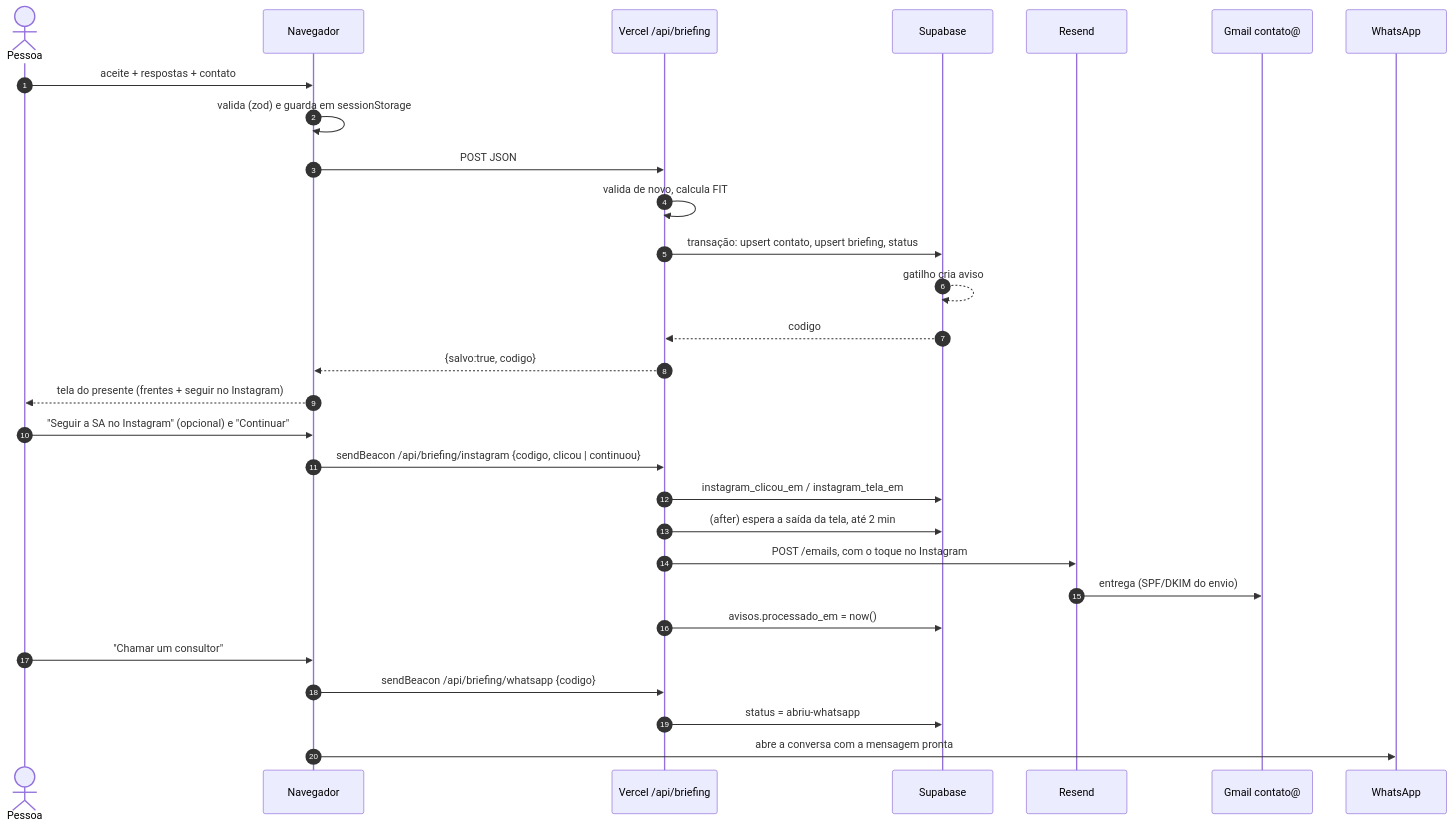
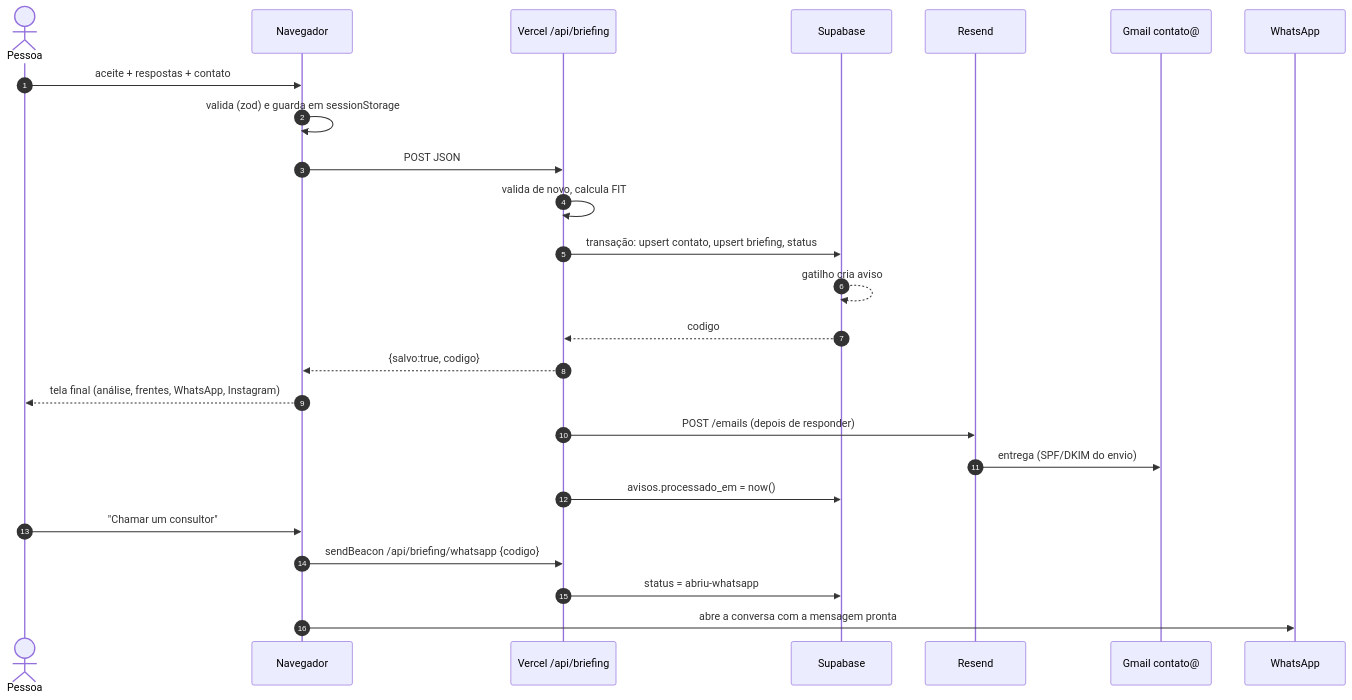
Before and after one commit to theufirminoo/sa-marketing-project-landingpag: the fourth of 7 diagrams in docs/tecnico/09-modelo-de-dados-e-integracoes.md, drawn with Mermaid. The commit also changed other lines of this file and 14 other files, not shown here.

First line of the commit message:
Briefing: tela final única, WhatsApp primeiro e Instagram por último

````diff
--- a/docs/tecnico/09-modelo-de-dados-e-integracoes.md
+++ b/docs/tecnico/09-modelo-de-dados-e-integracoes.md
@@ -254,31 +252,27 @@
 ```mermaid
 sequenceDiagram
   autonumber
   actor P as Pessoa
   participant N as Navegador
   participant V as Vercel /api/briefing
   participant S as Supabase
   participant R as Resend
   participant G as Gmail contato@
   participant W as WhatsApp
   P->>N: aceite + respostas + contato
   N->>N: valida (zod) e guarda em sessionStorage
   N->>V: POST JSON
   V->>V: valida de novo, calcula FIT
   V->>S: transação: upsert contato, upsert briefing, status
   S-->>S: gatilho cria aviso
   S-->>V: codigo
   V-->>N: {salvo:true, codigo}
-  N-->>P: tela do presente (frentes + seguir no Instagram)
-  P->>N: "Seguir a SA no Instagram" (opcional) e "Continuar"
-  N->>V: sendBeacon /api/briefing/instagram {codigo, clicou | continuou}
-  V->>S: instagram_clicou_em / instagram_tela_em
-  V->>S: (after) espera a saída da tela, até 2 min
-  V->>R: POST /emails, com o toque no Instagram
+  N-->>P: tela final (análise, frentes, WhatsApp, Instagram)
+  V->>R: POST /emails (depois de responder)
   R->>G: entrega (SPF/DKIM do envio)
   V->>S: avisos.processado_em = now()
   P->>N: "Chamar um consultor"
   N->>V: sendBeacon /api/briefing/whatsapp {codigo}
   V->>S: status = abriu-whatsapp
   N->>W: abre a conversa com a mensagem pronta
 ```
````
